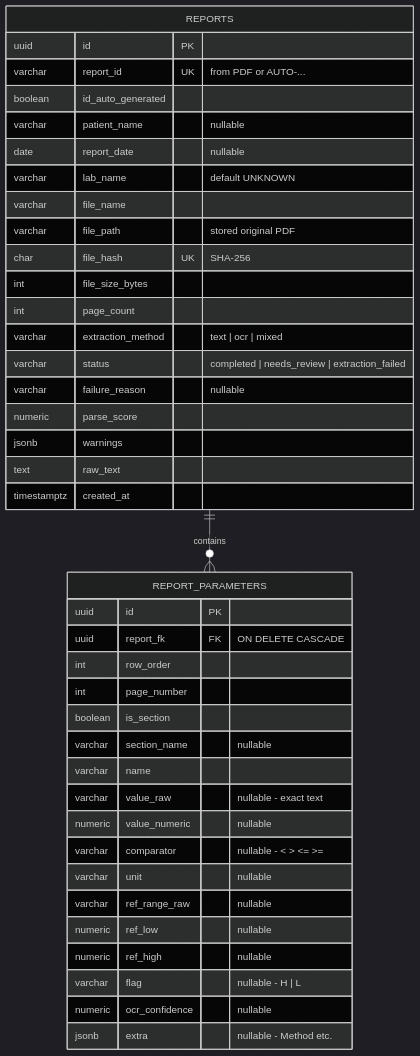
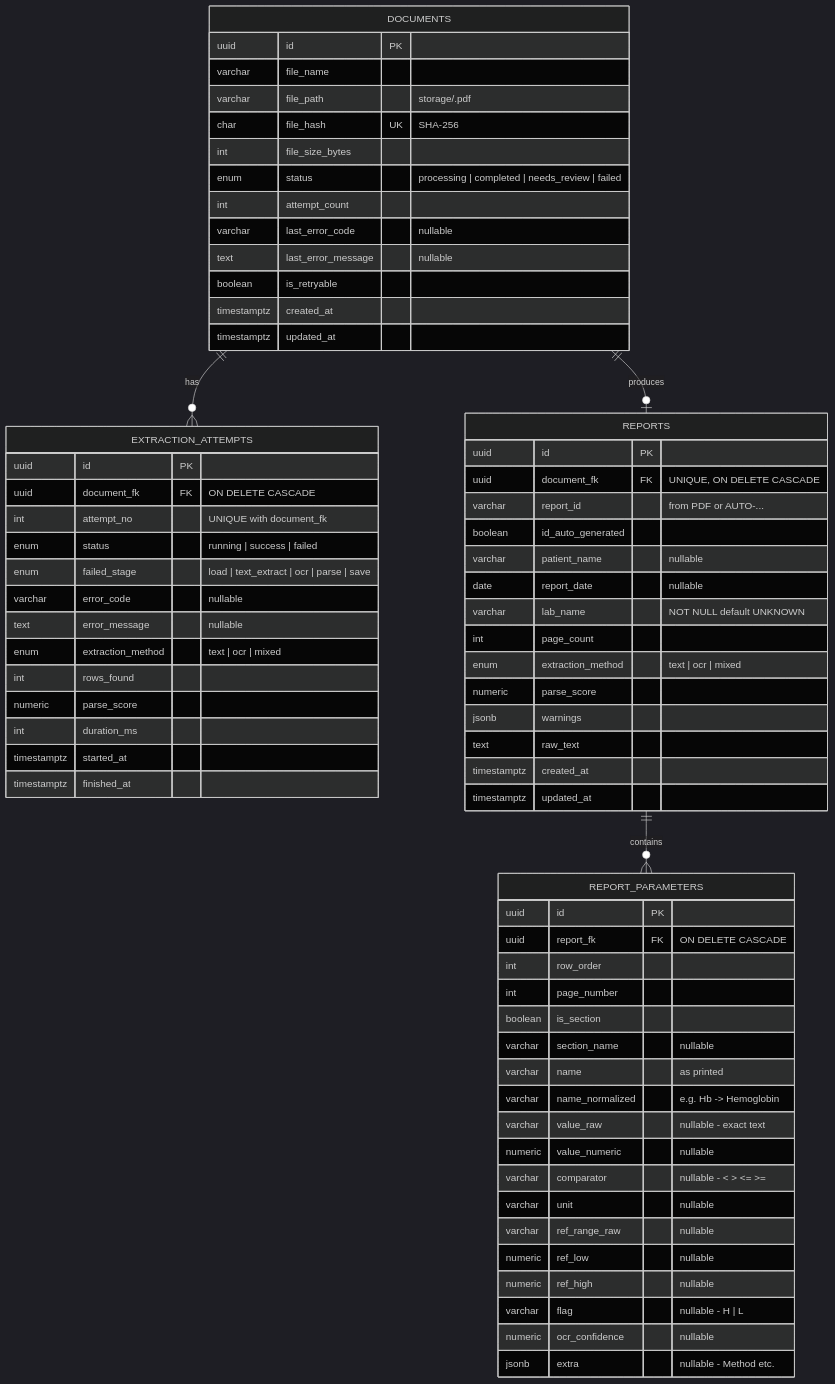
The fifth of 5 diagrams in docs/HLD.md (dipakmahajan01/-pdf-report-extractor), drawn with Mermaid (dark theme) before and after one commit. The commit also changed other lines of this file, not shown here.

````diff
--- a/docs/HLD.md
+++ b/docs/HLD.md
@@ -269,45 +283,75 @@
 ```mermaid
 erDiagram
-    REPORTS ||--o{ REPORT_PARAMETERS : contains
+    DOCUMENTS ||--o{ EXTRACTION_ATTEMPTS : "has"
+    DOCUMENTS ||--o| REPORTS : "produces"
+    REPORTS ||--o{ REPORT_PARAMETERS : "contains"
+
+    DOCUMENTS {
+        uuid id PK
+        varchar file_name
+        varchar file_path "storage/<hash>.pdf"
+        char file_hash UK "SHA-256"
+        int file_size_bytes
+        enum status "processing | completed | needs_review | failed"
+        int attempt_count
+        varchar last_error_code "nullable"
+        text last_error_message "nullable"
+        boolean is_retryable
+        timestamptz created_at
+        timestamptz updated_at
+    }
+
+    EXTRACTION_ATTEMPTS {
+        uuid id PK
+        uuid document_fk FK "ON DELETE CASCADE"
+        int attempt_no "UNIQUE with document_fk"
+        enum status "running | success | failed"
+        enum failed_stage "load | text_extract | ocr | parse | save"
+        varchar error_code "nullable"
+        text error_message "nullable"
+        enum extraction_method "text | ocr | mixed"
+        int rows_found
+        numeric parse_score
+        int duration_ms
+        timestamptz started_at
+        timestamptz finished_at
+    }
 
     REPORTS {
         uuid id PK
-        varchar report_id UK "from PDF or AUTO-..."
+        uuid document_fk FK "UNIQUE, ON DELETE CASCADE"
+        varchar report_id "from PDF or AUTO-..."
         boolean id_auto_generated
         varchar patient_name "nullable"
         date report_date "nullable"
-        varchar lab_name "default UNKNOWN"
-        varchar file_name
-        varchar file_path "stored original PDF"
-        char file_hash UK "SHA-256"
-        int file_size_bytes
+        varchar lab_name "NOT NULL default UNKNOWN"
         int page_count
-        varchar extraction_method "text | ocr | mixed"
-        varchar status "completed | needs_review | extraction_failed"
-        varchar failure_reason "nullable"
+        enum extraction_method "text | ocr | mixed"
         numeric parse_score
         jsonb warnings
         text raw_text
         timestamptz created_at
+        timestamptz updated_at
     }
 
     REPORT_PARAMETERS {
         uuid id PK
         uuid report_fk FK "ON DELETE CASCADE"
         int row_order
         int page_number
         boolean is_section
         varchar section_name "nullable"
-        varchar name
+        varchar name "as printed"
+        varchar name_normalized "e.g. Hb -> Hemoglobin"
         varchar value_raw "nullable - exact text"
         numeric value_numeric "nullable"
         varchar comparator "nullable - < > <= >="
         varchar unit "nullable"
         varchar ref_range_raw "nullable"
         numeric ref_low "nullable"
         numeric ref_high "nullable"
         varchar flag "nullable - H | L"
         numeric ocr_confidence "nullable"
         jsonb extra "nullable - Method etc."
     }
 ```
````
